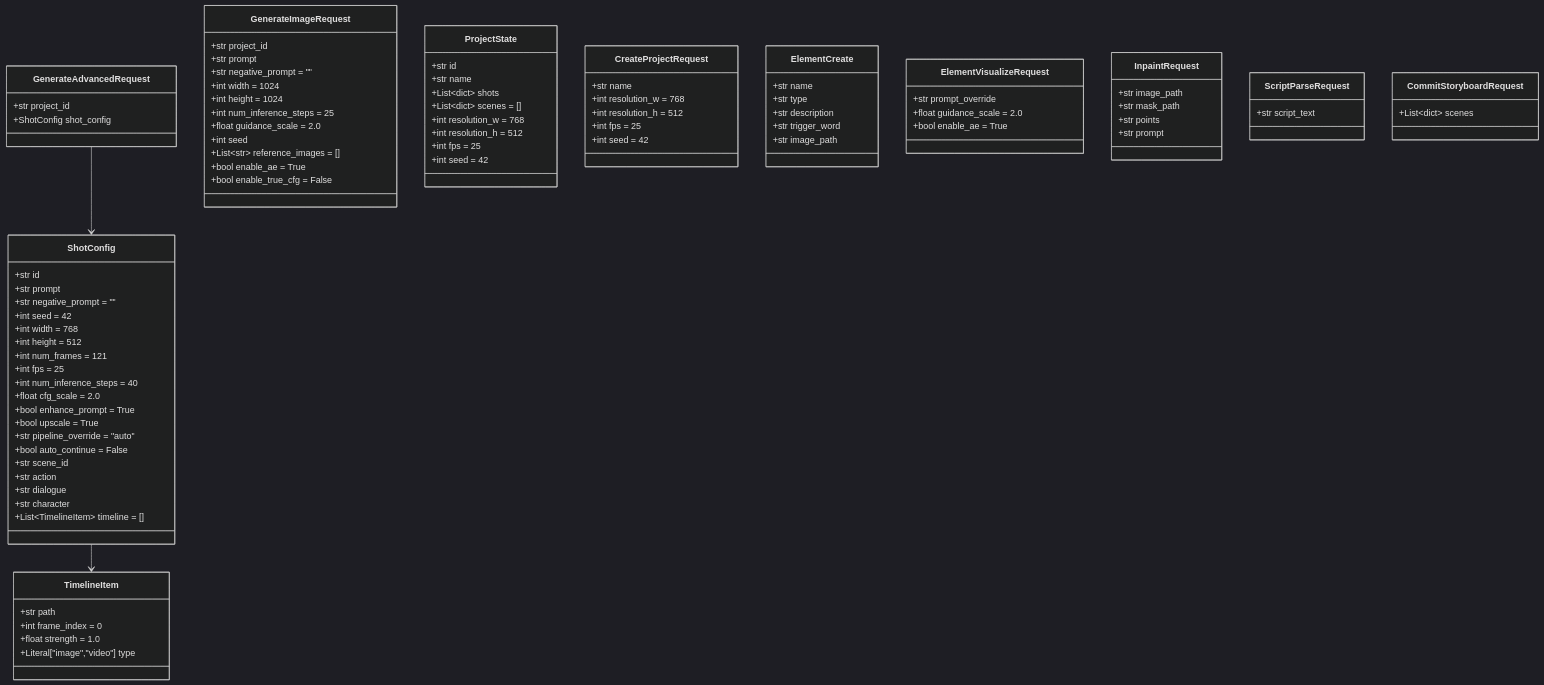
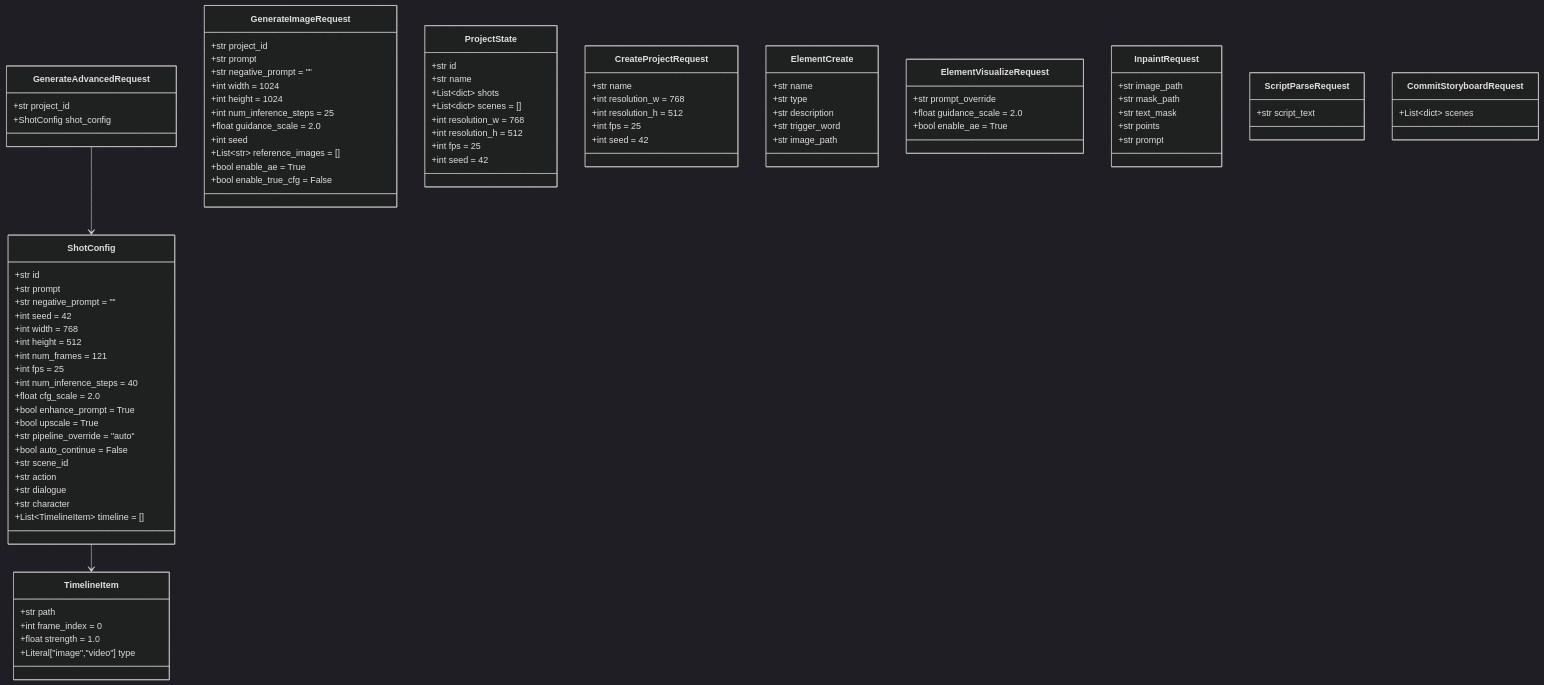
Before and after one commit to mainza-ai/milimovideo: the second of 3 diagrams in docs/02_data_models.md, drawn with Mermaid (dark theme). The commit also changed other lines of this file and 31 other files, not shown here.

```diff
--- a/docs/02_data_models.md
+++ b/docs/02_data_models.md
@@ -197,6 +197,7 @@
     class InpaintRequest {
         +str image_path
         +str mask_path
+        +str text_mask
         +str points
         +str prompt
     }
```
